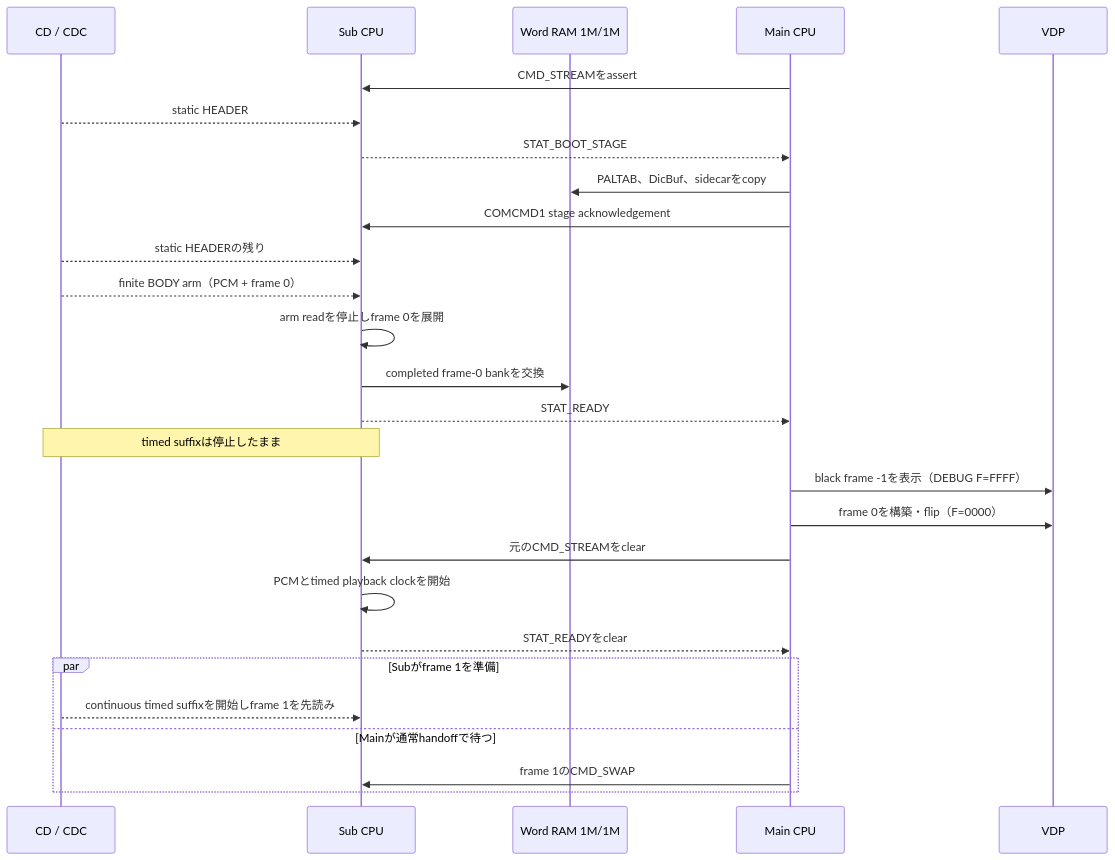
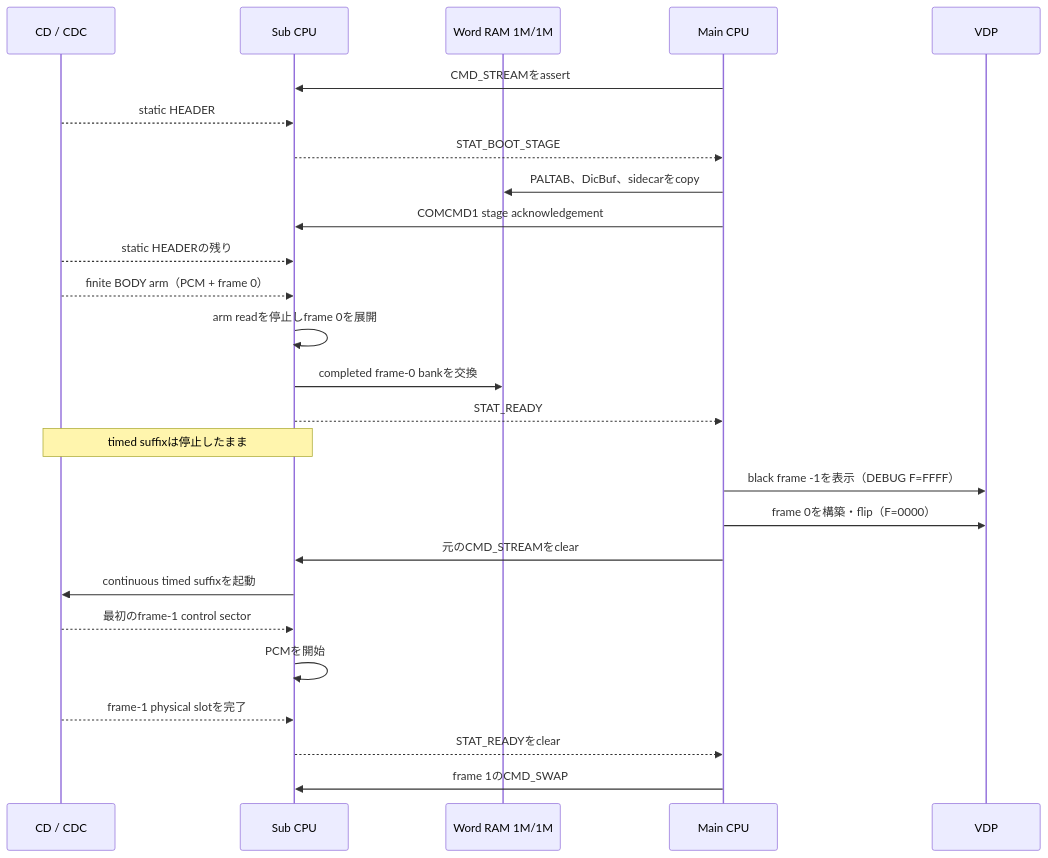
One commit to akiyan/segacd-fmv-cavc changed the third of 4 diagrams in PLAYER.md. Above: the diagram before and after it, drawn with Mermaid. The commit also changed other lines of this file and 8 other files, not shown here.

````diff
--- a/PLAYER.md
+++ b/PLAYER.md
@@ -501,30 +505,29 @@
 ```mermaid
 sequenceDiagram
     participant CD as CD / CDC
     participant S as Sub CPU
     participant W as Word RAM 1M/1M
     participant M as Main CPU
     participant V as VDP
 
     M->>S: CMD_STREAMをassert
     CD-->>S: static HEADER
     S-->>M: STAT_BOOT_STAGE
     M->>W: PALTAB、DicBuf、sidecarをcopy
     M->>S: COMCMD1 stage acknowledgement
     CD-->>S: static HEADERの残り
     CD-->>S: finite BODY arm（PCM + frame 0）
     S->>S: arm readを停止しframe 0を展開
     S->>W: completed frame-0 bankを交換
     S-->>M: STAT_READY
     Note over S,CD: timed suffixは停止したまま
     M->>V: black frame -1を表示（DEBUG F=FFFF）
     M->>V: frame 0を構築・flip（F=0000）
     M->>S: 元のCMD_STREAMをclear
-    S->>S: PCMとtimed playback clockを開始
+    S->>CD: continuous timed suffixを起動
+    CD-->>S: 最初のframe-1 control sector
+    S->>S: PCMを開始
+    CD-->>S: frame-1 physical slotを完了
     S-->>M: STAT_READYをclear
-    par Subがframe 1を準備
-        CD-->>S: continuous timed suffixを開始しframe 1を先読み
-    and Mainが通常handoffで待つ
-        M->>S: frame 1のCMD_SWAP
-    end
+    M->>S: frame 1のCMD_SWAP
 ```
````
